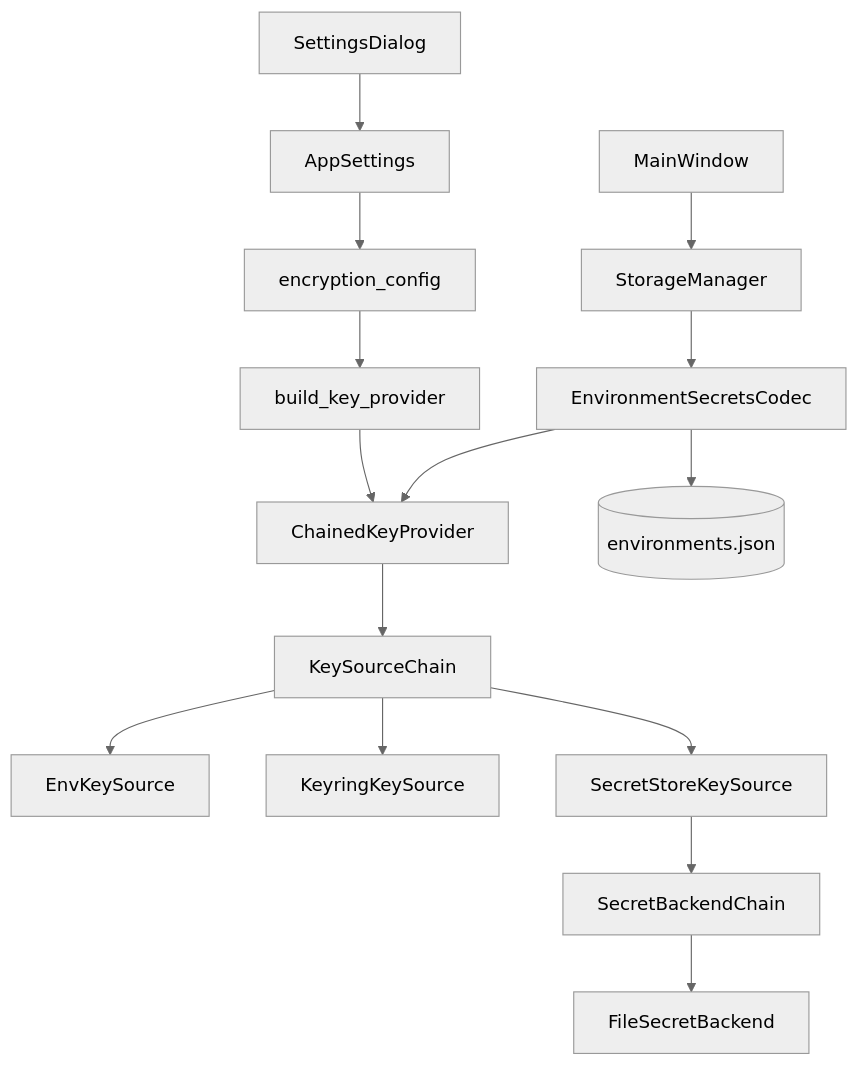
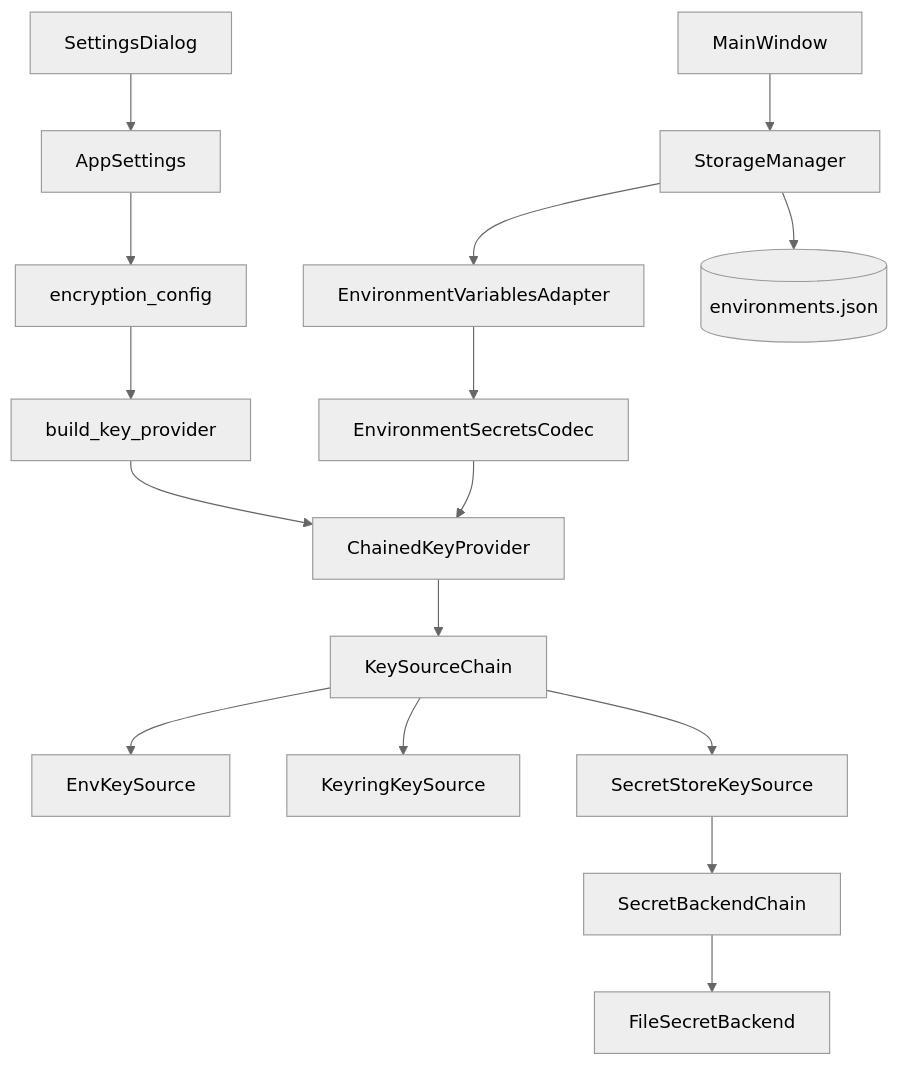
One commit to koctep/pypost changed the diagram in doc/dev/environment_encryption_at_rest.md. Above: the diagram before and after it, drawn with Mermaid (neutral theme). The commit also changed other lines of this file and 10 other files, not shown here.

Commit message:
refactor(storage): extract environment secrets adapter (PYPOST-482)

````diff
--- a/doc/dev/environment_encryption_at_rest.md
+++ b/doc/dev/environment_encryption_at_rest.md
@@ -20,17 +22,18 @@
 ```mermaid
 flowchart TD
   UI[SettingsDialog] --> AS[AppSettings]
   MW[MainWindow] --> SM[StorageManager]
   AS --> EC[encryption_config]
   EC --> BKP[build_key_provider]
   BKP --> CKP[ChainedKeyProvider]
   CKP --> KSC[KeySourceChain]
   KSC --> EKS[EnvKeySource]
   KSC --> KRS[KeyringKeySource]
   KSC --> SSS[SecretStoreKeySource]
   SSS --> SBC[SecretBackendChain]
   SBC --> SBF[FileSecretBackend]
-  SM --> ESC[EnvironmentSecretsCodec]
+  SM --> EVA[EnvironmentVariablesAdapter]
+  EVA --> ESC[EnvironmentSecretsCodec]
   ESC --> CKP
-  ESC --> ENV[(environments.json)]
+  SM --> ENV[(environments.json)]
 ```
````
